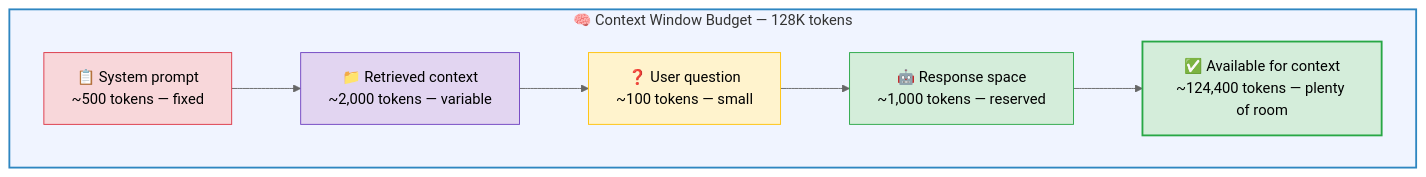
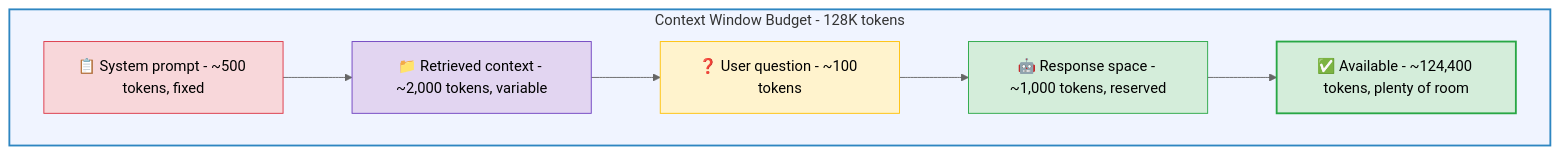
One commit to ithinktavo/GenAI-Engineering-Handbook changed the ninth of 10 diagrams in docs/04-rag-deep-dive.md. Above: the diagram before and after it, drawn with Mermaid (neutral theme). The commit also changed other lines of this file and 9 other files, not shown here.

First line of the commit message:
Fix Mermaid rendering: remove emoji from subgraph titles and unsupported syntax

````diff
--- a/docs/04-rag-deep-dive.md
+++ b/docs/04-rag-deep-dive.md
@@ -390,19 +390,19 @@
 ```mermaid
 graph TD
-    subgraph BUDGET["🧠 Context Window Budget — 128K tokens"]
-        A["📋 System prompt\n~500 tokens — fixed"]
-        B["📁 Retrieved context\n~2,000 tokens — variable"]
-        C["❓ User question\n~100 tokens — small"]
-        D["🤖 Response space\n~1,000 tokens — reserved"]
-        E["✅ Available for context\n~124,400 tokens — plenty of room"]
+    subgraph BUDGET["Context Window Budget - 128K tokens"]
+        A["📋 System prompt - ~500 tokens, fixed"]
+        B["📁 Retrieved context - ~2,000 tokens, variable"]
+        C["❓ User question - ~100 tokens"]
+        D["🤖 Response space - ~1,000 tokens, reserved"]
+        E["✅ Available - ~124,400 tokens, plenty of room"]
 
         A --> B --> C --> D --> E
     end
 
     style BUDGET fill:#f0f4ff,stroke:#2E86C1,stroke-width:2px
     style A fill:#f8d7da,stroke:#dc3545
     style B fill:#e2d5f1,stroke:#6f42c1
     style C fill:#fff3cd,stroke:#ffc107
     style D fill:#d4edda,stroke:#28a745
     style E fill:#d4edda,stroke:#28a745,stroke-width:2px
 ```
````
